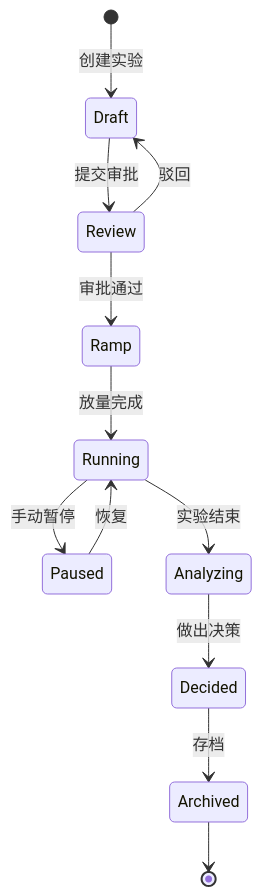
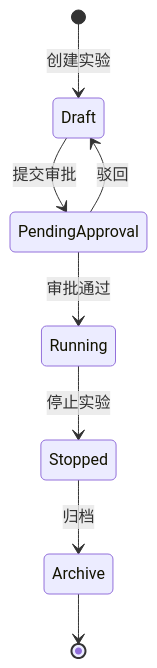
One commit to HiCooper/gate-flow changed the third of 4 diagrams in docs/docs-site/dev/ab-system/architecture.md. Above: the diagram before and after it, drawn with Mermaid. The commit also changed other lines of this file and 30 other files, not shown here.

````diff
--- a/docs/docs-site/dev/ab-system/architecture.md
+++ b/docs/docs-site/dev/ab-system/architecture.md
@@ -102,14 +89,10 @@
 ```mermaid
 stateDiagram-v2
     [*] --> Draft: 创建实验
-    Draft --> Review: 提交审批
-    Review --> Draft: 驳回
-    Review --> Ramp: 审批通过
-    Ramp --> Running: 放量完成
-    Running --> Paused: 手动暂停
-    Paused --> Running: 恢复
-    Running --> Analyzing: 实验结束
-    Analyzing --> Decided: 做出决策
-    Decided --> Archived: 存档
-    Archived --> [*]
+    Draft --> PendingApproval: 提交审批
+    PendingApproval --> Draft: 驳回
+    PendingApproval --> Running: 审批通过
+    Running --> Stopped: 停止实验
+    Stopped --> Archive: 归档
+    Archive --> [*]
 ```
````
